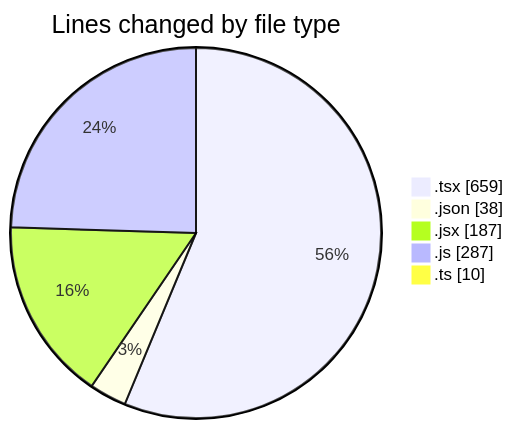
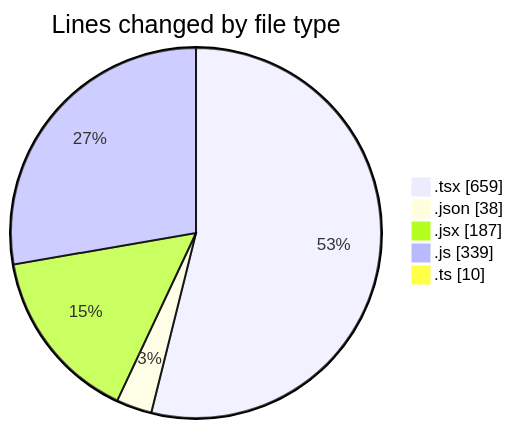
One commit to Elitesun/code-tracking changed the first of 2 diagrams in 2025-05-27/ecom_store/README.md. Above: the diagram before and after it, drawn with Mermaid. The commit also changed other lines of this file and 1 other file, not shown here.

````diff
--- a/2025-05-27/ecom_store/README.md
+++ b/2025-05-27/ecom_store/README.md
@@ -31,9 +32,9 @@
 ```mermaid
 pie showData
 title Lines changed by file type
 ".tsx" : 659
 ".json" : 38
 ".jsx" : 187
-".js" : 287
+".js" : 339
 ".ts" : 10
 ```
````
